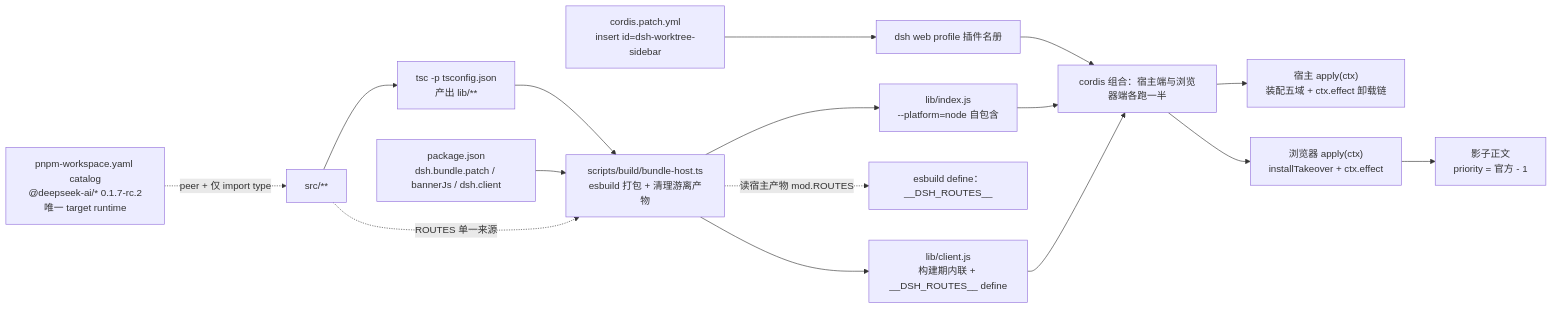
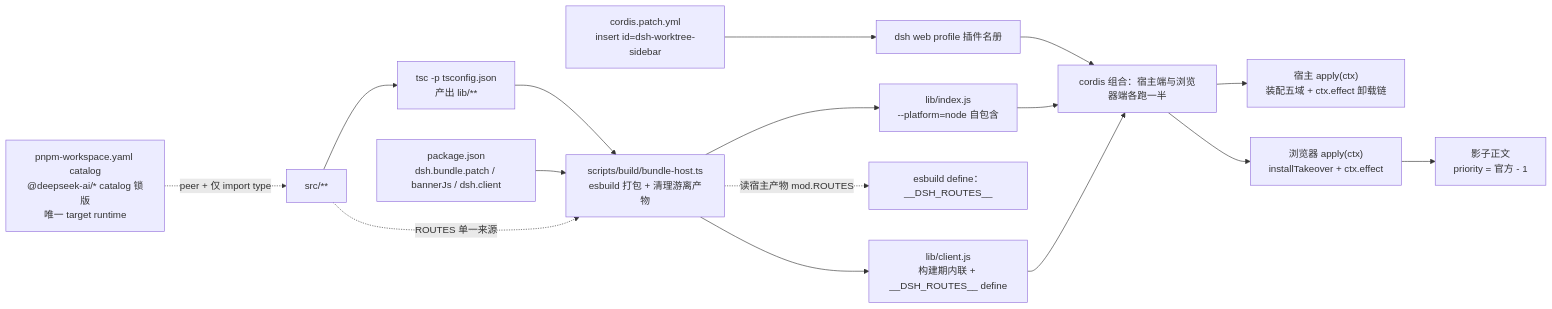
One commit to realreus319/dsh-plugin-hub changed the fourth of 4 diagrams in docs/architecture/dsh-worktree-sidebar.md. Above: the diagram before and after it, drawn with Mermaid. The commit also changed other lines of this file and 27 other files, not shown here.

````diff
--- a/docs/architecture/dsh-worktree-sidebar.md
+++ b/docs/architecture/dsh-worktree-sidebar.md
@@ -554,20 +554,20 @@
 ```mermaid
 flowchart LR
     SRC["src/**"] --> TSC["tsc -p tsconfig.json<br/>产出 lib/**"]
     TSC --> BUNDLE["scripts/build/bundle-host.ts<br/>esbuild 打包 + 清理游离产物"]
     PKG["package.json<br/>dsh.bundle.patch / bannerJs / dsh.client"] --> BUNDLE
     BUNDLE --> HOSTJS["lib/index.js<br/>--platform=node 自包含"]
     BUNDLE --> CLIJS["lib/client.js<br/>构建期内联 + __DSH_ROUTES__ define"]
     SRC -.->|"ROUTES 单一来源"| BUNDLE
     BUNDLE -.->|"读宿主产物 mod.ROUTES"| CLIDEF["esbuild define：__DSH_ROUTES__"]
 
-    CATALOG["pnpm-workspace.yaml catalog<br/>@deepseek-ai/* 0.1.7-rc.2<br/>唯一 target runtime"] -.->|"peer + 仅 import type"| SRC
+    CATALOG["pnpm-workspace.yaml catalog<br/>@deepseek-ai/* catalog 锁版<br/>唯一 target runtime"] -.->|"peer + 仅 import type"| SRC
 
     PATCH["cordis.patch.yml<br/>insert id=dsh-worktree-sidebar"] --> PROFILE["dsh web profile 插件名册"]
     PROFILE --> CORDIS["cordis 组合：宿主端与浏览器端各跑一半"]
     HOSTJS --> CORDIS
     CLIJS --> CORDIS
     CORDIS --> APPLY["宿主 apply(ctx)<br/>装配五域 + ctx.effect 卸载链"]
     CORDIS --> CAPPLY["浏览器 apply(ctx)<br/>installTakeover + ctx.effect"]
     CAPPLY --> SHADOW["影子正文<br/>priority = 官方 - 1"]
 ```
````
